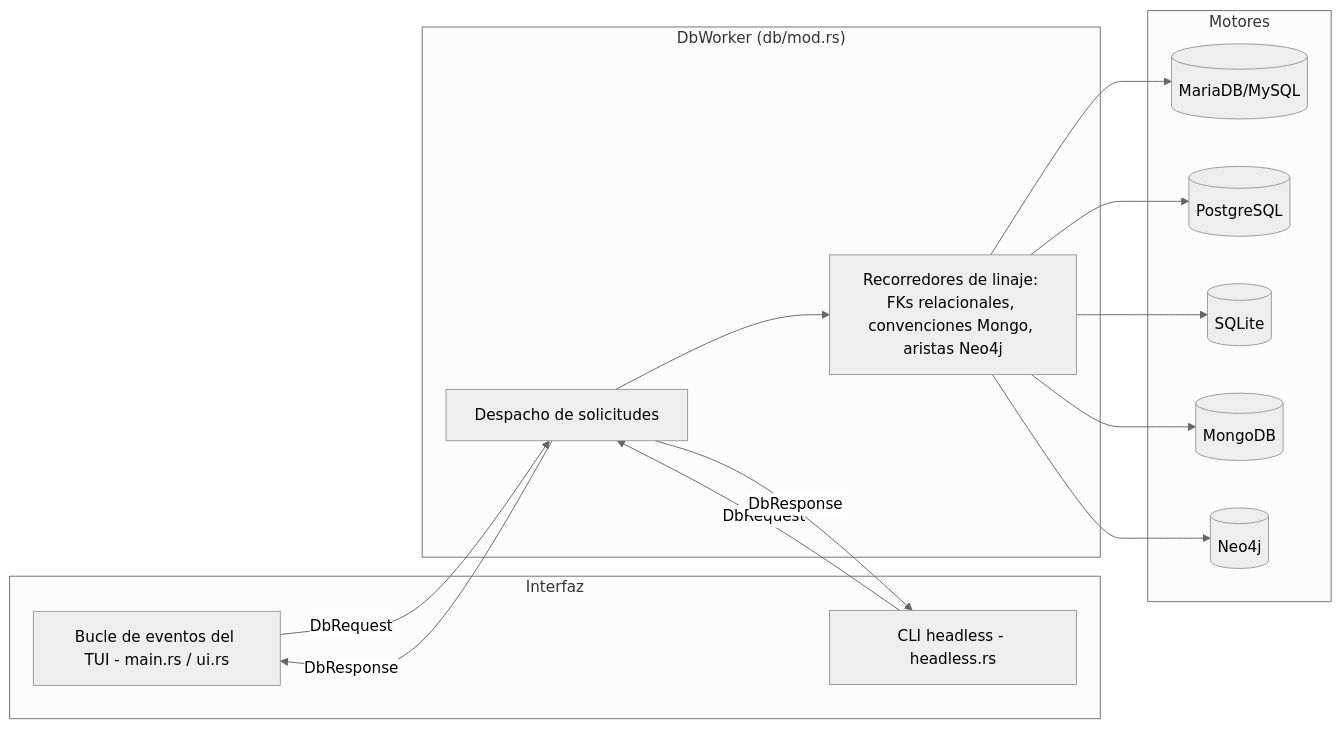
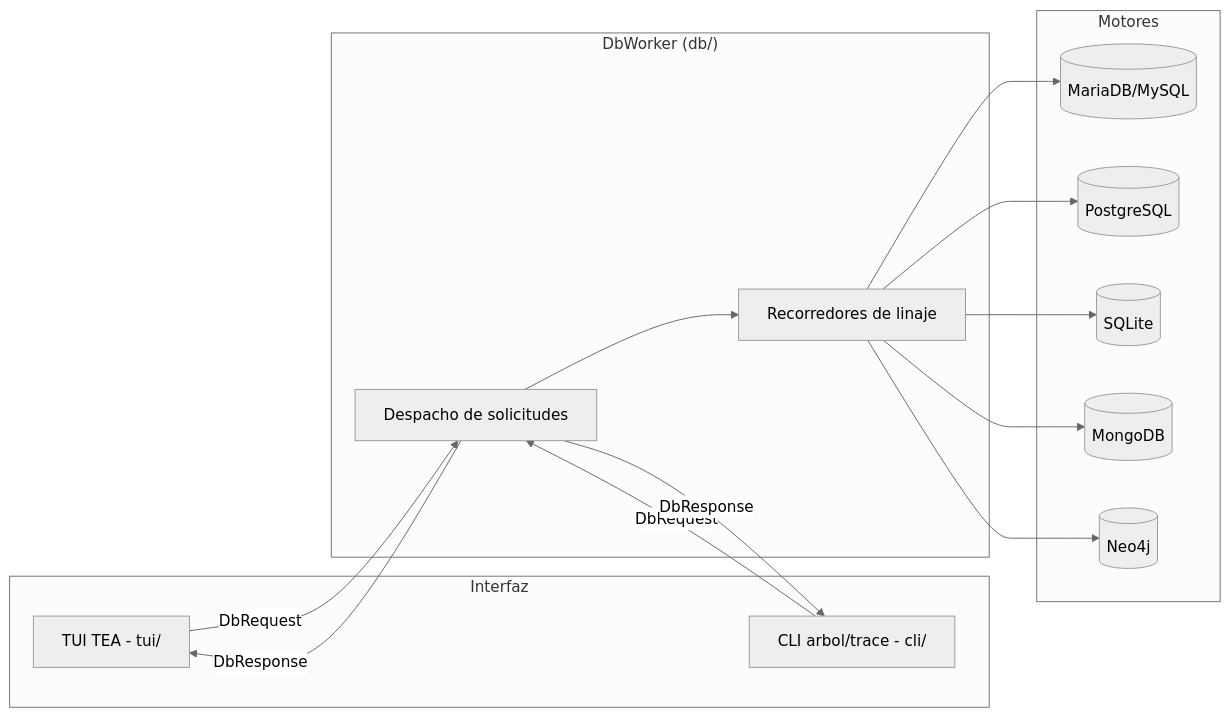
The diagram in README.md (dpa23/linajedb), drawn with Mermaid (neutral theme) before and after one commit. The commit also changed other lines of this file and 17 other files, not shown here.

First line of the commit message:
Restructure TUI to TEA layout with lazy* UI, Windows key fix, and arbol CLI.

````diff
--- a/README.md
+++ b/README.md
@@ -37,24 +47,24 @@
 ```mermaid
 flowchart LR
     subgraph Interfaz
-        TUI[Bucle de eventos del TUI - main.rs / ui.rs]
-        CLI[CLI headless - headless.rs]
+        TUI[TUI TEA - tui/]
+        CLI[CLI arbol/trace - cli/]
     end
-    subgraph Worker["DbWorker (db/mod.rs)"]
+    subgraph Worker["DbWorker (db/)"]
         DISPATCH[Despacho de solicitudes]
-        WALK[Recorredores de linaje: FKs relacionales, convenciones Mongo, aristas Neo4j]
+        WALK[Recorredores de linaje]
     end
     subgraph Motores
         MY[(MariaDB/MySQL)]
         PG[(PostgreSQL)]
         SQ[(SQLite)]
         MO[(MongoDB)]
         NEO[(Neo4j)]
     end
     TUI -- DbRequest --> DISPATCH
     CLI -- DbRequest --> DISPATCH
     DISPATCH --> WALK
     WALK --> MY & PG & SQ & MO & NEO
     DISPATCH -- DbResponse --> TUI
     DISPATCH -- DbResponse --> CLI
 ```
````
